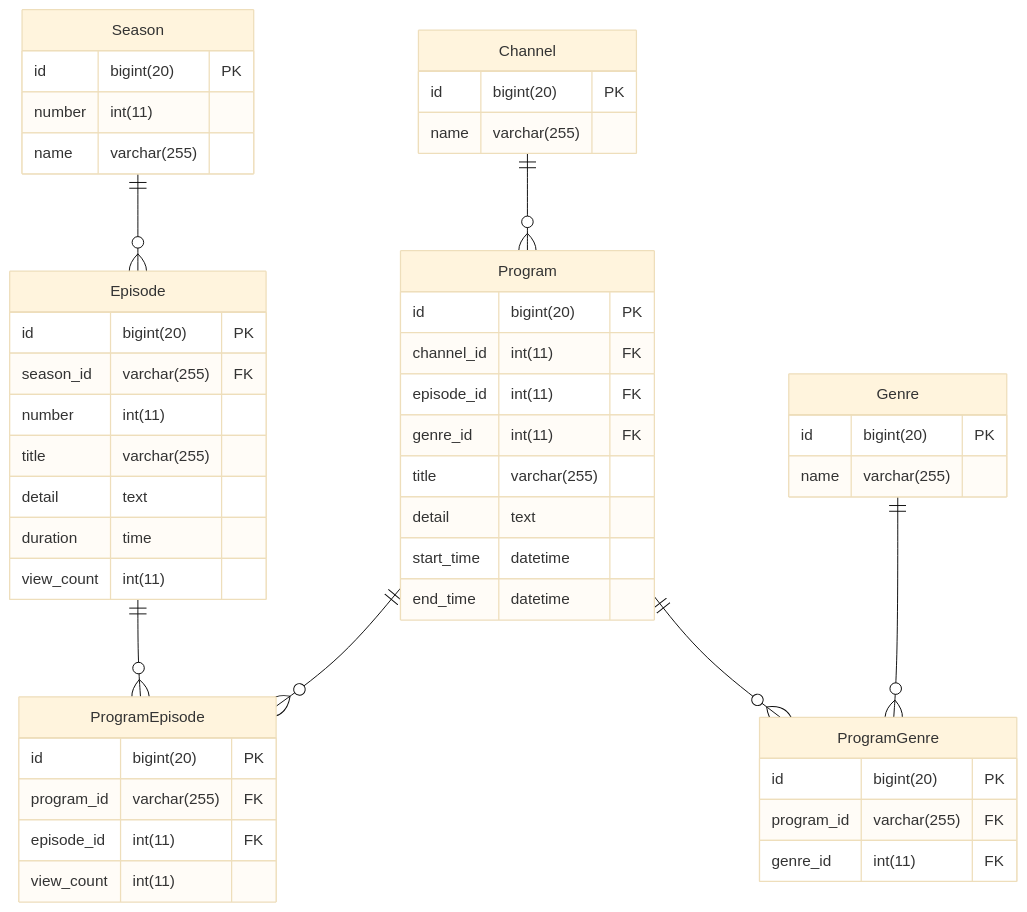
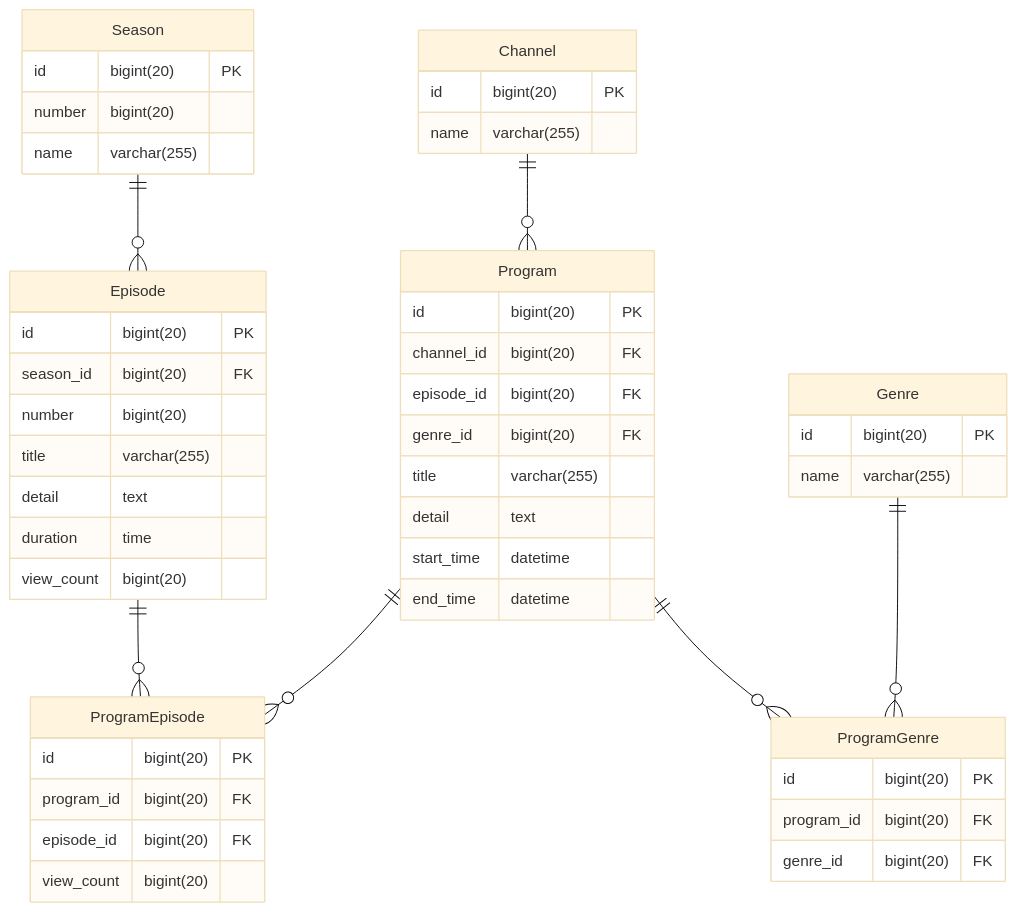
Before and after one commit to shuntaron/apprentice: the diagram in week5-6/03_submission_quest/01_INTERNET_TV/README.md, drawn with Mermaid (base theme). The commit also changed other lines of this file and 2 other files, not shown here.

````diff
--- a/week5-6/03_submission_quest/01_INTERNET_TV/README.md
+++ b/week5-6/03_submission_quest/01_INTERNET_TV/README.md
@@ -64,59 +64,59 @@
 ```mermaid
 erDiagram
   Channel ||--o{ Program: ""
   Program ||--o{ ProgramGenre: ""
   Program ||--o{ ProgramEpisode: ""
   Season  ||--o{ Episode: ""
   Episode ||--o{ ProgramEpisode: ""
   Genre   ||--o{ ProgramGenre: ""
 
   Channel {
-    id     bigint(20)             PK
-    name   varchar(255)             
+    id              bigint(20)    PK
+    name            varchar(255)    
   }
 
   Program {
     id              bigint(20)    PK
-    channel_id      int(11)       FK
-    episode_id      int(11)       FK
-    genre_id        int(11)       FK
+    channel_id      bigint(20)    FK
+    episode_id      bigint(20)    FK
+    genre_id        bigint(20)    FK
     title           varchar(255)    
     detail          text            
     start_time      datetime        
     end_time        datetime        
   }
 
   Season {
     id              bigint(20)    PK
-    number          int(11)         
+    number          bigint(20)      
     name            varchar(255)    
   }
 
   ProgramEpisode {
     id              bigint(20)    PK
-    program_id      varchar(255)  FK
-    episode_id      int(11)       FK
-    view_count      int(11)         
+    program_id      bigint(20)    FK
+    episode_id      bigint(20)    FK
+    view_count      bigint(20)      
   }
 
   ProgramGenre {
     id              bigint(20)    PK
-    program_id      varchar(255)  FK
-    genre_id        int(11)       FK
+    program_id      bigint(20)    FK
+    genre_id        bigint(20)    FK
   }
 
   Episode {
     id              bigint(20)    PK
-    season_id       varchar(255)  FK
-    number          int(11)         
+    season_id       bigint(20)    FK
+    number          bigint(20)      
     title           varchar(255)    
     detail          text            
     duration        time            
-    view_count      int(11)         
+    view_count      bigint(20)      
   }
 
   Genre {
     id              bigint(20)    PK
     name            varchar(255)    
   }
 ```
````
